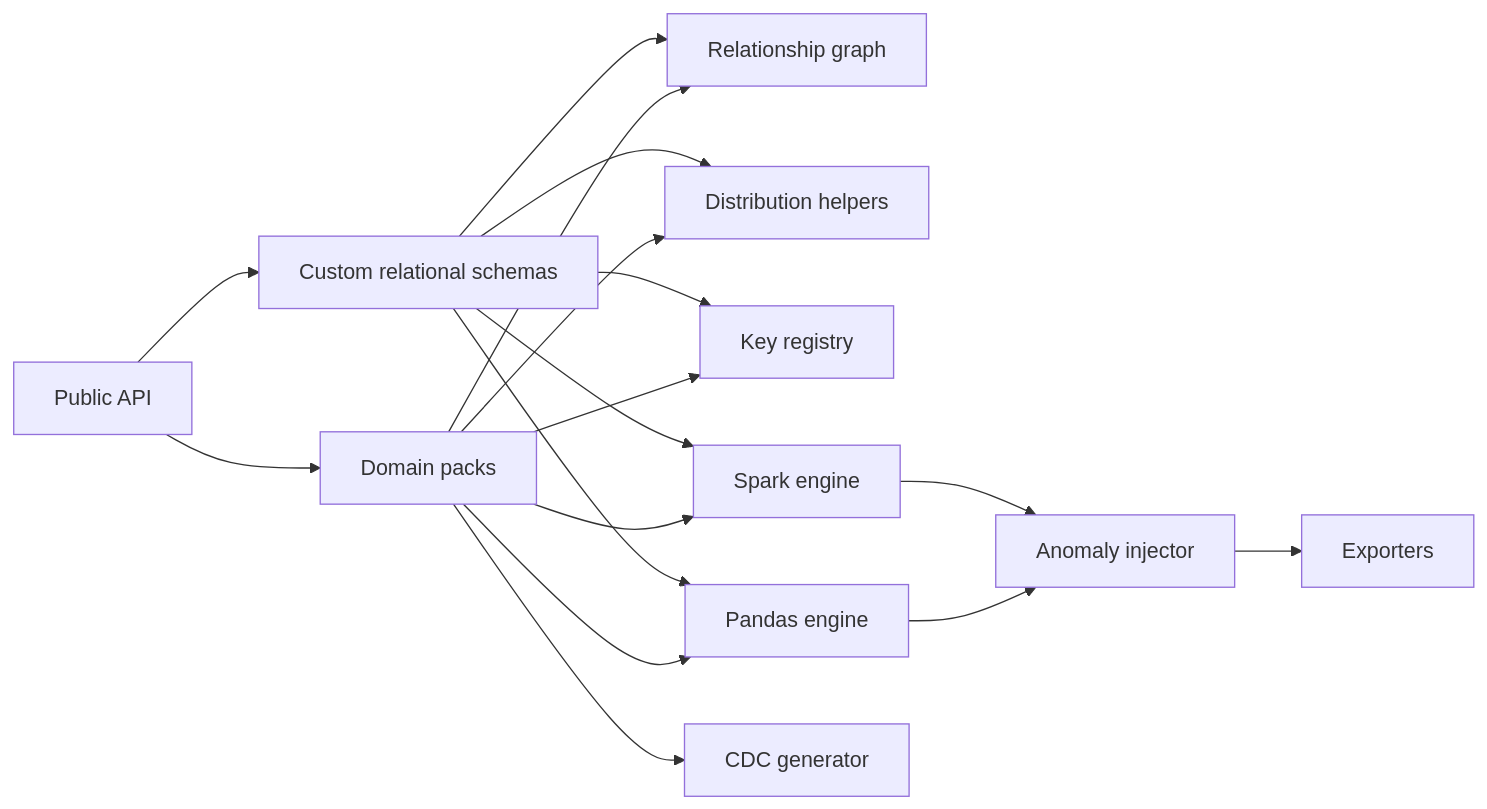
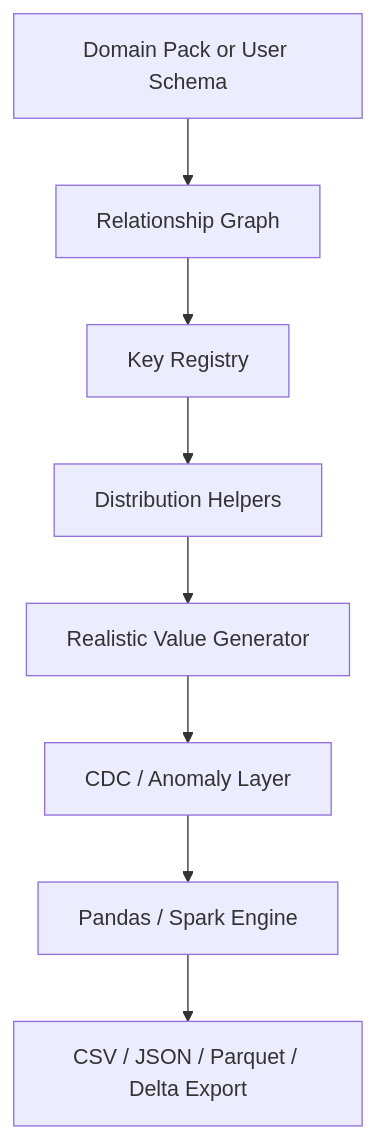
Before and after one commit to ravikiranpagidi/great-generator: the diagram in README.md, drawn with Mermaid. The commit also changed other lines of this file and 45 other files, not shown here.

Commit message:
Add realistic value generation mode

````diff
--- a/README.md
+++ b/README.md
@@ -915,19 +1014,10 @@
 ```mermaid
-flowchart LR
-    A["Public API"] --> B["Domain packs"]
-    A --> K["Custom relational schemas"]
-    B --> C["Relationship graph"]
-    K --> C
-    B --> D["Distribution helpers"]
-    K --> D
-    B --> E["Key registry"]
-    K --> E
-    B --> F["Pandas engine"]
-    B --> G["Spark engine"]
-    K --> F
-    K --> G
-    F --> H["Anomaly injector"]
-    G --> H
-    H --> I["Exporters"]
-    B --> J["CDC generator"]
+flowchart TD
+    A["Domain Pack or User Schema"] --> B["Relationship Graph"]
+    B --> C["Key Registry"]
+    C --> D["Distribution Helpers"]
+    D --> E["Realistic Value Generator"]
+    E --> F["CDC / Anomaly Layer"]
+    F --> G["Pandas / Spark Engine"]
+    G --> H["CSV / JSON / Parquet / Delta Export"]
 ```
````
